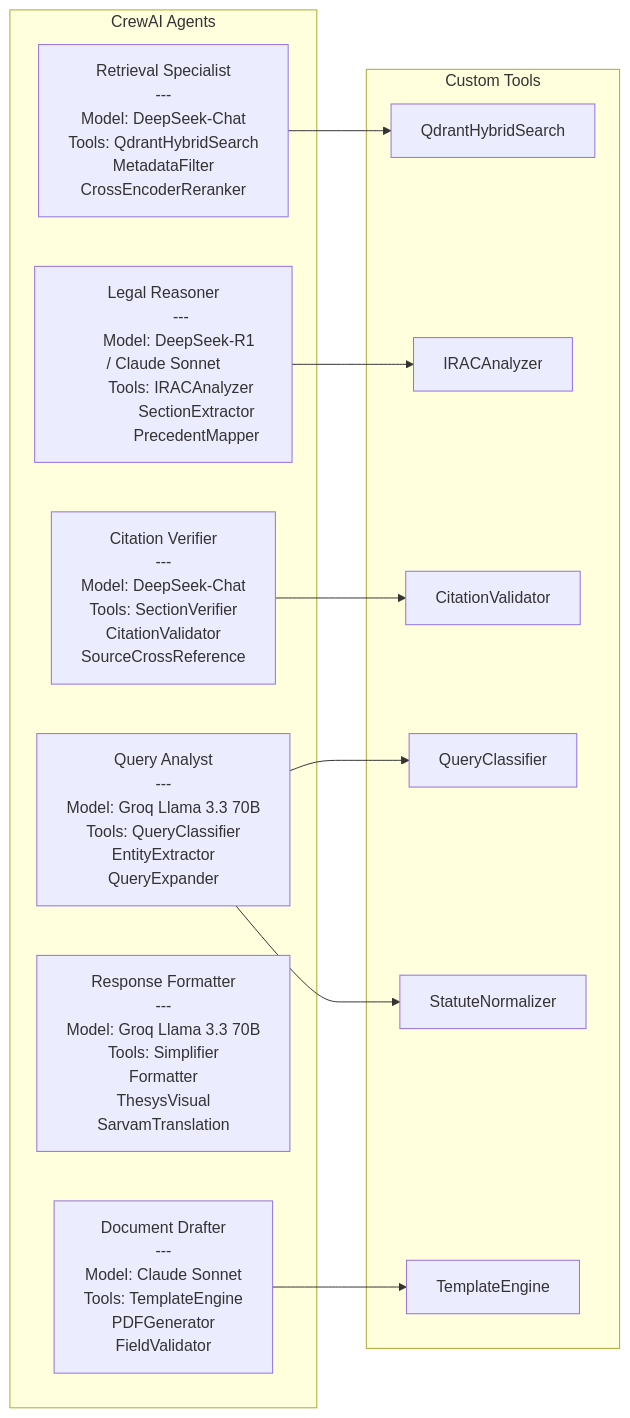
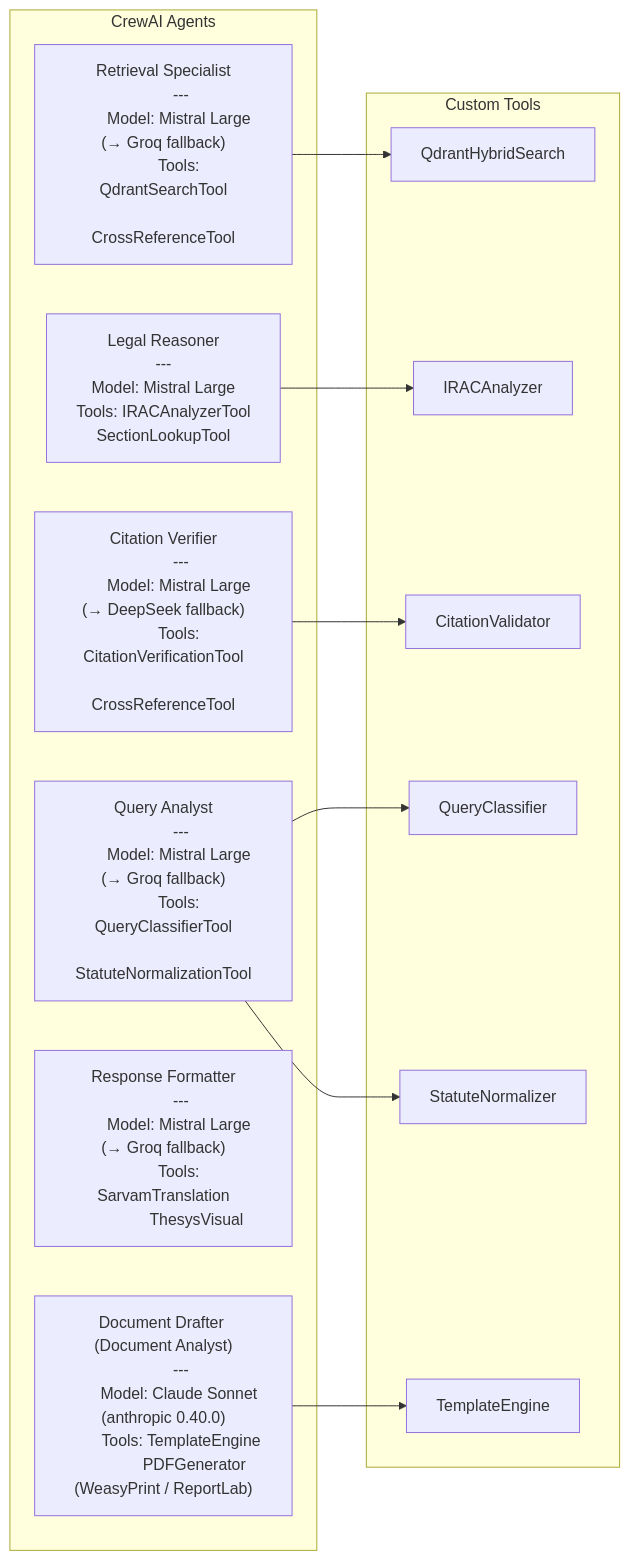
Before and after one commit to SachinASIET26/Neethi: the first of 3 diagrams in docs/architecture/02_multi_agent_components.md, drawn with Mermaid. The commit also changed 12 other files, not shown here.

````diff
--- a/docs/architecture/02_multi_agent_components.md
+++ b/docs/architecture/02_multi_agent_components.md
@@ -7,63 +7,56 @@
 ```mermaid
 graph LR
     subgraph AGENTS["CrewAI Agents"]
         QA["Query Analyst
         ---
-        Model: Groq Llama 3.3 70B
-        Tools: QueryClassifier
-               EntityExtractor
-               QueryExpander"]
+        Model: Mistral Large (→ Groq fallback)
+        Tools: QueryClassifierTool
+               StatuteNormalizationTool"]
 
         RS["Retrieval Specialist
         ---
-        Model: DeepSeek-Chat
-        Tools: QdrantHybridSearch
-               MetadataFilter
-               CrossEncoderReranker"]
+        Model: Mistral Large (→ Groq fallback)
+        Tools: QdrantSearchTool
+               CrossReferenceTool"]
 
         LR["Legal Reasoner
         ---
-        Model: DeepSeek-R1 / Claude Sonnet
-        Tools: IRACAnalyzer
-               SectionExtractor
-               PrecedentMapper"]
+        Model: Mistral Large
+        Tools: IRACAnalyzerTool
+               SectionLookupTool"]
 
         CV["Citation Verifier
         ---
-        Model: DeepSeek-Chat
-        Tools: SectionVerifier
-               CitationValidator
-               SourceCrossReference"]
+        Model: Mistral Large (→ DeepSeek fallback)
+        Tools: CitationVerificationTool
+               CrossReferenceTool"]
 
         RF["Response Formatter
         ---
-        Model: Groq Llama 3.3 70B
-        Tools: Simplifier
-               Formatter
-               ThesysVisual
-               SarvamTranslation"]
+        Model: Mistral Large (→ Groq fallback)
+        Tools: SarvamTranslation
+               ThesysVisual"]
 
-        DD["Document Drafter
+        DD["Document Drafter (Document Analyst)
         ---
-        Model: Claude Sonnet
+        Model: Claude Sonnet (anthropic 0.40.0)
         Tools: TemplateEngine
-               PDFGenerator
-               FieldValidator"]
+               PDFGenerator (WeasyPrint / ReportLab)"]
     end
 
     subgraph TOOLS["Custom Tools"]
         T1[QdrantHybridSearch]
         T2[IRACAnalyzer]
         T3[CitationValidator]
         T4[QueryClassifier]
         T5[StatuteNormalizer]
         T6[TemplateEngine]
     end
 
     RS --> T1
     LR --> T2
     CV --> T3
     QA --> T4
     QA --> T5
     DD --> T6
 ```
````
